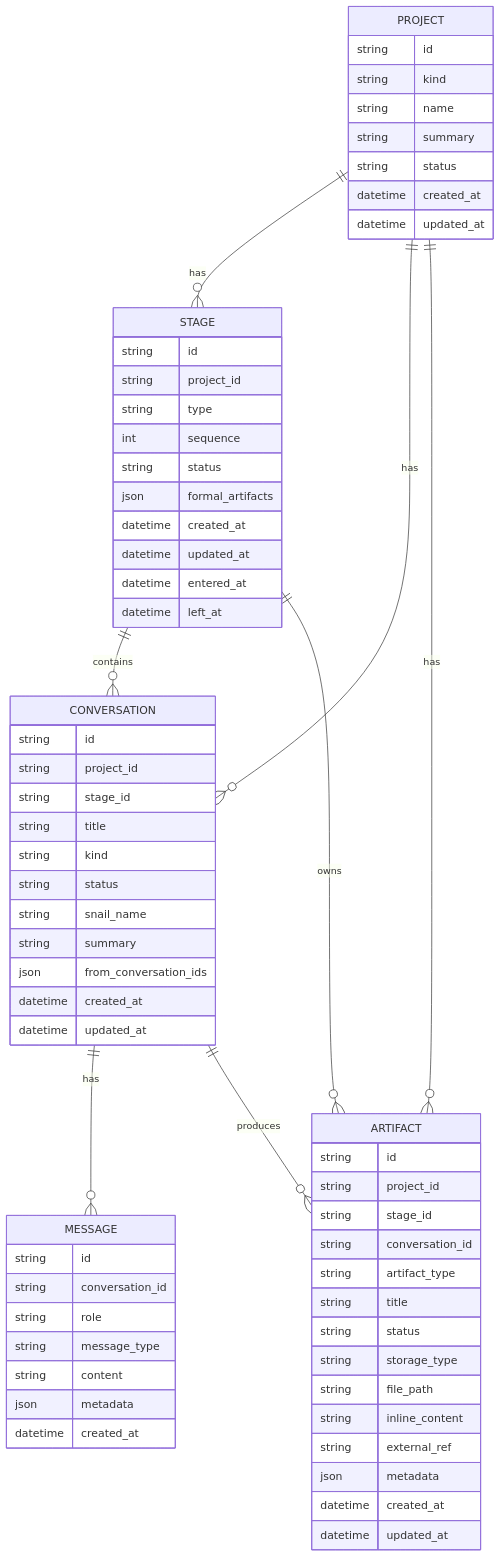
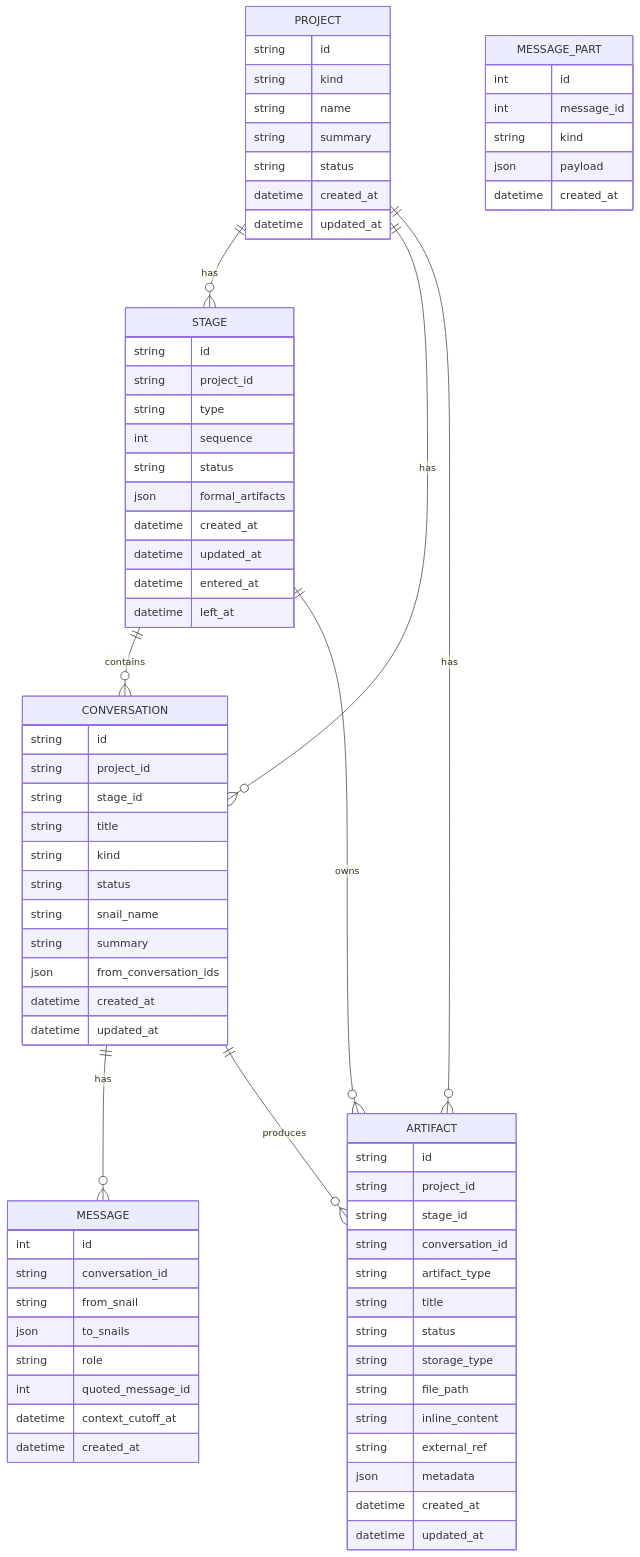
One commit to chenlaicai/snail-shell changed the diagram in docs/data-model-v1.md. Above: the diagram before and after it, drawn with Mermaid. The commit also changed other lines of this file and 7 other files, not shown here.

```diff
--- a/docs/data-model-v1.md
+++ b/docs/data-model-v1.md
@@ -133,12 +133,21 @@
     }
 
     MESSAGE {
-      string id
+      int id
       string conversation_id
+      string from_snail
+      json to_snails
       string role
-      string message_type
-      string content
-      json metadata
+      int quoted_message_id
+      datetime context_cutoff_at
+      datetime created_at
+    }
+
+    MESSAGE_PART {
+      int id
+      int message_id
+      string kind
+      json payload
       datetime created_at
     }
 
```
